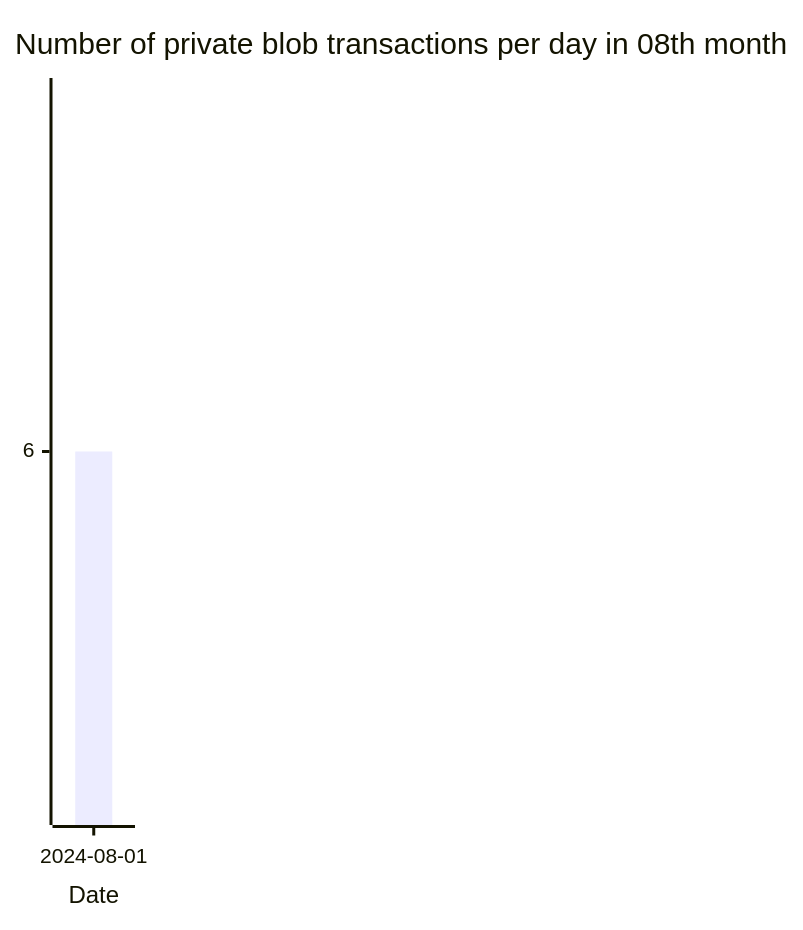
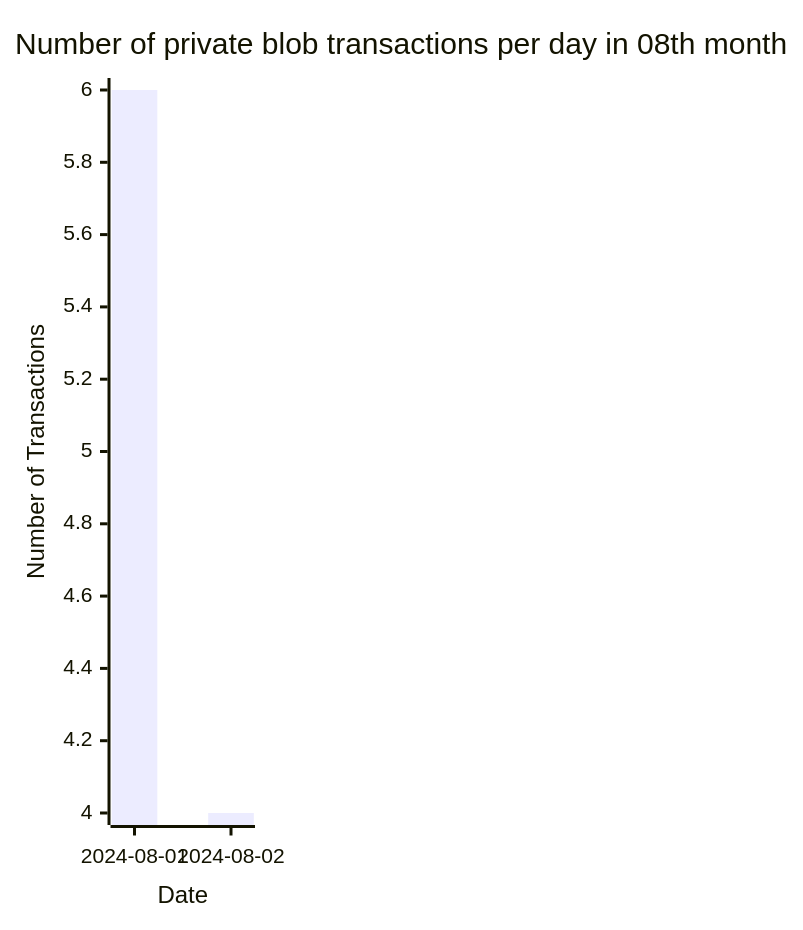
The sixth of 6 diagrams in README.md (Amit0617/eip4844-data), drawn with Mermaid before and after one commit. The commit also changed 1 other file, not shown here.

````diff
--- a/README.md
+++ b/README.md
@@ -66,12 +66,12 @@
 ```mermaid
 ---
 config:
     xyChart:
-        width: 80
+        width: 160
         height: 600
 ---
 xychart-beta title "Number of private blob transactions per day in 08th month"
-x-axis "Date" [2024-08-01]
+x-axis "Date" [2024-08-01,2024-08-02]
 y-axis "Number of Transactions"
-bar[6]
+bar[6,4]
 ```
````
